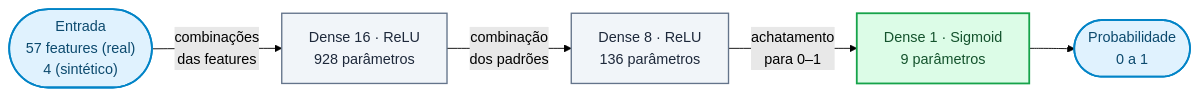
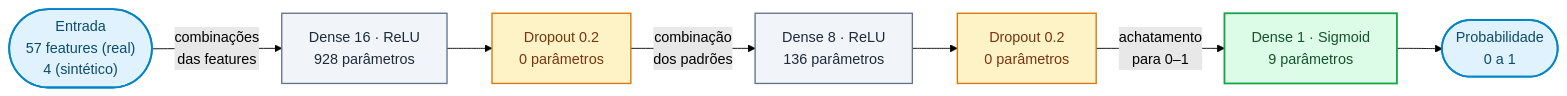
One commit to Felps03/tfjs-credit-risk-classifier changed the second of 4 diagrams in README.md. Above: the diagram before and after it, drawn with Mermaid (forest theme). The commit also changed other lines of this file and 2 other files, not shown here.

````diff
--- a/README.md
+++ b/README.md
@@ -891,21 +925,27 @@
 ```mermaid
 flowchart LR
     I(["Entrada<br/>57 features (real)<br/>4 (sintético)"])
     H1["Dense 16 · ReLU<br/>928 parâmetros"]
+    D1["Dropout 0.2<br/>0 parâmetros"]
     H2["Dense 8 · ReLU<br/>136 parâmetros"]
+    D2["Dropout 0.2<br/>0 parâmetros"]
     O["Dense 1 · Sigmoid<br/>9 parâmetros"]
     P(["Probabilidade<br/>0 a 1"])
 
     I -->|"combinações<br/>das features"| H1
-    H1 -->|"combinação<br/>dos padrões"| H2
-    H2 -->|"achatamento<br/>para 0–1"| O
+    H1 --> D1
+    D1 -->|"combinação<br/>dos padrões"| H2
+    H2 --> D2
+    D2 -->|"achatamento<br/>para 0–1"| O
     O --> P
 
     classDef io     fill:#e0f2fe,stroke:#0284c7,stroke-width:2px,color:#0c4a6e
     classDef hidden fill:#f1f5f9,stroke:#64748b,stroke-width:1.5px,color:#1e293b
+    classDef reg    fill:#fef3c7,stroke:#d97706,stroke-width:1.5px,color:#78350f
     classDef out    fill:#dcfce7,stroke:#16a34a,stroke-width:2px,color:#14532d
 
     class I,P io
     class H1,H2 hidden
+    class D1,D2 reg
     class O out
 ```
````
